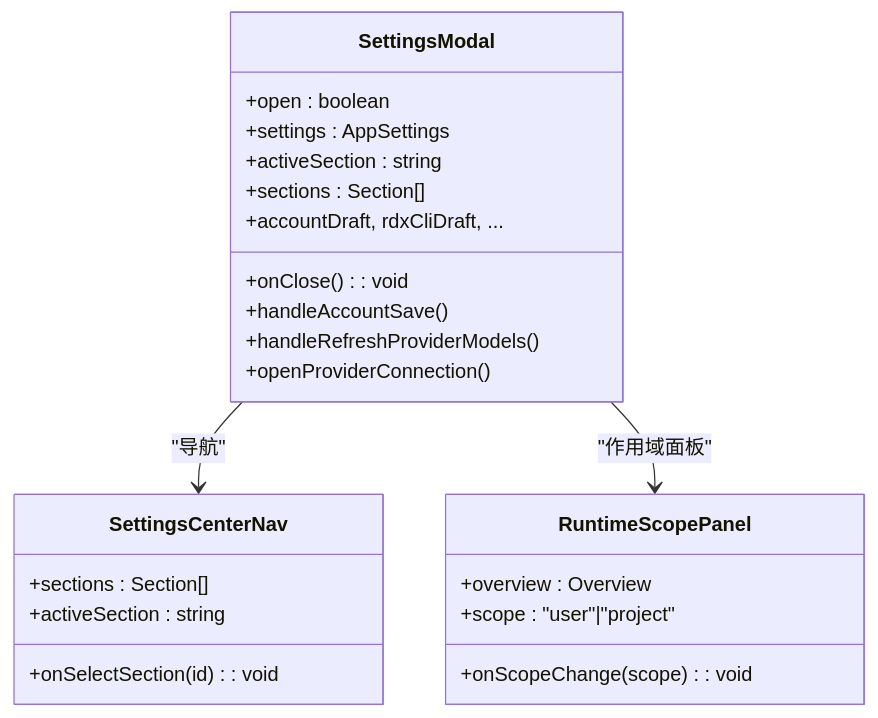
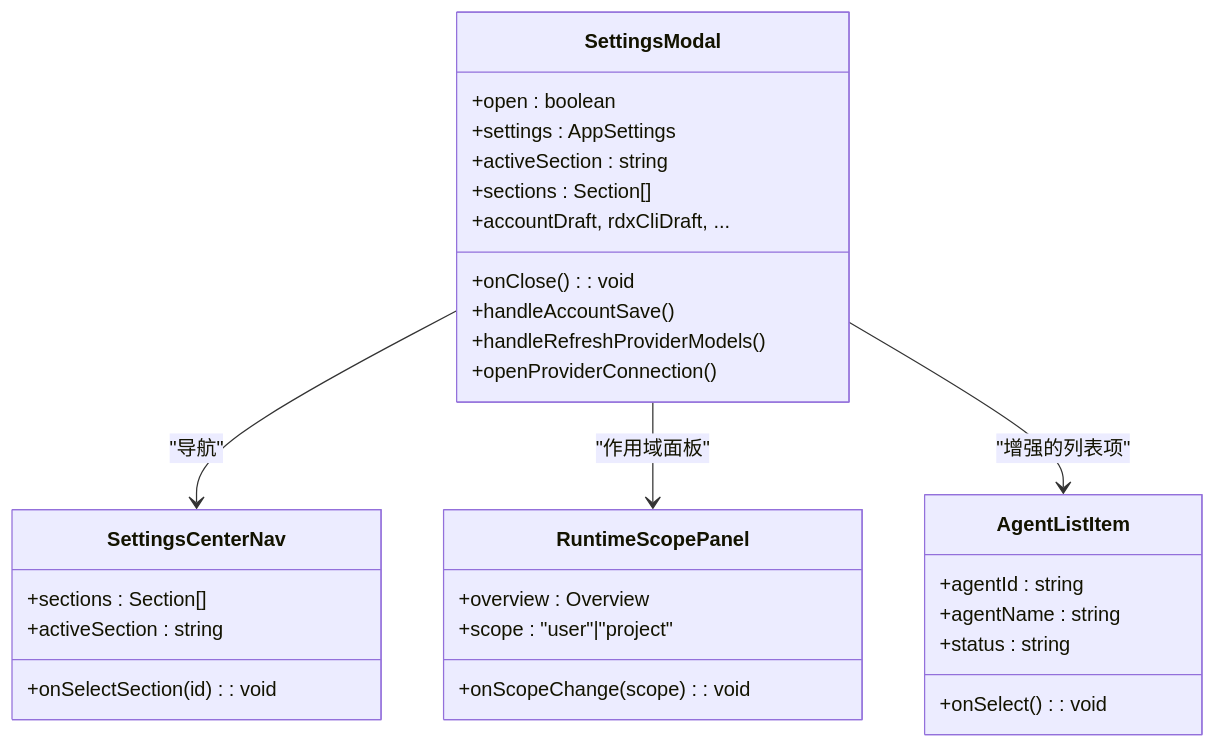
Before and after one commit to haolange/RDC-Agent: the sixth of 11 diagrams in .qoder/repowiki/zh/content/用户界面/用户界面.md, drawn with Mermaid. The commit also changed other lines of this file and 80 other files, not shown here.

````diff
--- a/.qoder/repowiki/zh/content/用户界面/用户界面.md
+++ b/.qoder/repowiki/zh/content/用户界面/用户界面.md
@@ -192,26 +305,33 @@
 ```mermaid
 classDiagram
 class SettingsModal {
 +open : boolean
 +settings : AppSettings
 +onClose() : void
 +activeSection : string
 +sections : Section[]
 +accountDraft, rdxCliDraft, ...
 +handleAccountSave()
 +handleRefreshProviderModels()
 +openProviderConnection()
 }
 class SettingsCenterNav {
 +sections : Section[]
 +activeSection : string
 +onSelectSection(id) : void
 }
 class RuntimeScopePanel {
 +overview : Overview
 +scope : "user"|"project"
 +onScopeChange(scope) : void
 }
+class AgentListItem {
++agentId : string
++agentName : string
++status : string
++onSelect() : void
+}
 SettingsModal --> SettingsCenterNav : "导航"
 SettingsModal --> RuntimeScopePanel : "作用域面板"
+SettingsModal --> AgentListItem : "增强的列表项"
 ```
````
